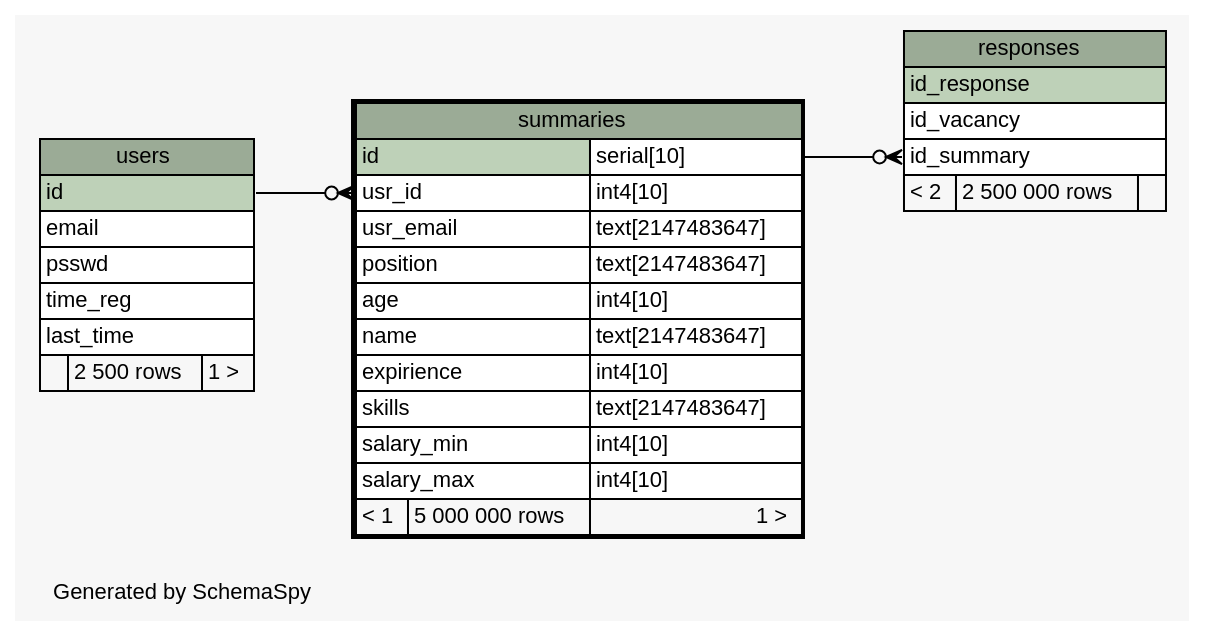
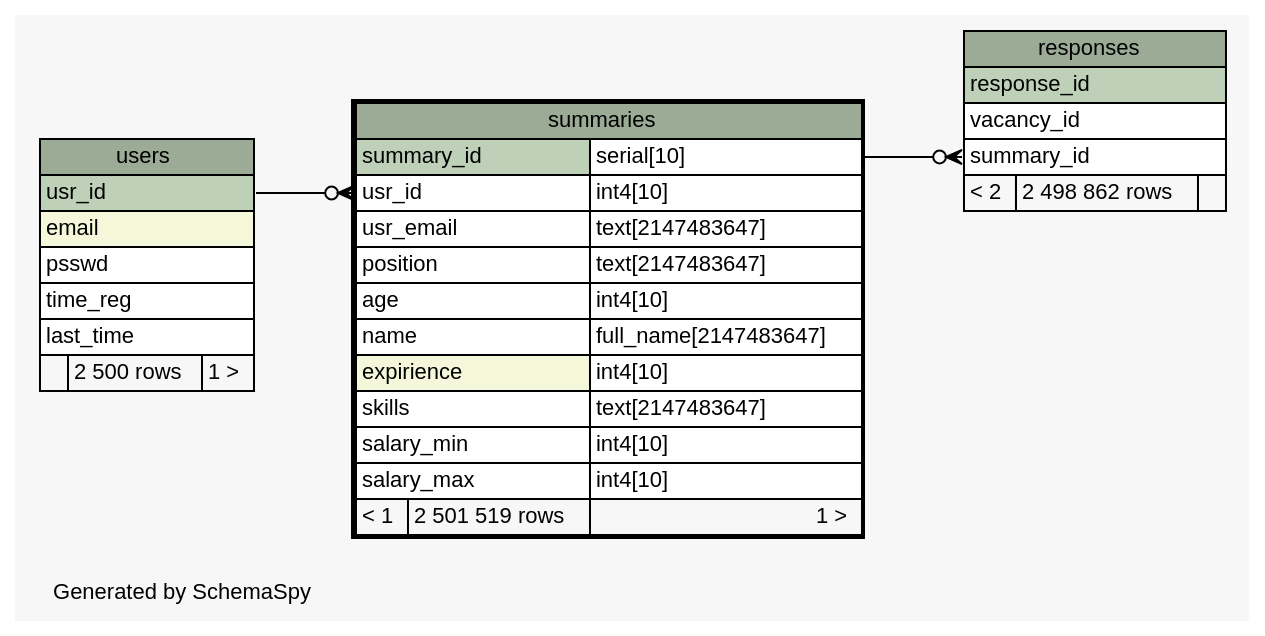
One commit to colorbash/hh-database-homework changed the diagram in schemaspy/diagrams/summaries.1degree.dot. Above: the diagram before and after it, drawn with Graphviz. The commit also changed 56 other files, not shown here.

```diff
--- a/schemaspy/diagrams/summaries.1degree.dot
+++ b/schemaspy/diagrams/summaries.1degree.dot
@@ -1,69 +1,69 @@
 // dot 2.38.0 on Windows 10 10.0
 // SchemaSpy rev 590
 digraph "oneDegreeRelationshipsDiagram" {
   graph [
     rankdir="RL"
     bgcolor="#f7f7f7"
     label="\nGenerated by SchemaSpy"
     labeljust="l"
     nodesep="0.18"
     ranksep="0.46"
     fontname="Helvetica"
     fontsize="11"
   ];
   node [
     fontname="Helvetica"
     fontsize="11"
     shape="plaintext"
   ];
   edge [
     arrowsize="0.8"
   ];
-  "responses":"id_summary":w -> "summaries":"id.type":e [arrowhead=none dir=back arrowtail=crowodot];
-  "summaries":"usr_id":w -> "users":"id":e [arrowhead=none dir=back arrowtail=crowodot];
+  "responses":"summary_id":w -> "summaries":"summary_id.type":e [arrowhead=none dir=back arrowtail=crowodot];
+  "summaries":"usr_id":w -> "users":"usr_id":e [arrowhead=none dir=back arrowtail=crowodot];
   "responses" [
     label=<
     <TABLE BORDER="0" CELLBORDER="1" CELLSPACING="0" BGCOLOR="#ffffff">
       <TR><TD COLSPAN="3" BGCOLOR="#9bab96" ALIGN="CENTER">responses</TD></TR>
-      <TR><TD PORT="id_response" COLSPAN="3" BGCOLOR="#bed1b8" ALIGN="LEFT">id_response</TD></TR>
-      <TR><TD PORT="id_vacancy" COLSPAN="3" ALIGN="LEFT">id_vacancy</TD></TR>
-      <TR><TD PORT="id_summary" COLSPAN="3" ALIGN="LEFT">id_summary</TD></TR>
-      <TR><TD ALIGN="LEFT" BGCOLOR="#f7f7f7">&lt; 2</TD><TD ALIGN="RIGHT" BGCOLOR="#f7f7f7">2 500 000 rows</TD><TD ALIGN="RIGHT" BGCOLOR="#f7f7f7">  </TD></TR>
+      <TR><TD PORT="response_id" COLSPAN="3" BGCOLOR="#bed1b8" ALIGN="LEFT">response_id</TD></TR>
+      <TR><TD PORT="vacancy_id" COLSPAN="3" ALIGN="LEFT">vacancy_id</TD></TR>
+      <TR><TD PORT="summary_id" COLSPAN="3" ALIGN="LEFT">summary_id</TD></TR>
+      <TR><TD ALIGN="LEFT" BGCOLOR="#f7f7f7">&lt; 2</TD><TD ALIGN="RIGHT" BGCOLOR="#f7f7f7">2 498 862 rows</TD><TD ALIGN="RIGHT" BGCOLOR="#f7f7f7">  </TD></TR>
     </TABLE>>
     URL="responses.html"
     tooltip="responses"
   ];
   "summaries" [
     label=<
     <TABLE BORDER="2" CELLBORDER="1" CELLSPACING="0" BGCOLOR="#ffffff">
       <TR><TD COLSPAN="3" BGCOLOR="#9bab96" ALIGN="CENTER">summaries</TD></TR>
-      <TR><TD PORT="id" COLSPAN="2" BGCOLOR="#bed1b8" ALIGN="LEFT">id</TD><TD PORT="id.type" ALIGN="LEFT">serial[10]</TD></TR>
+      <TR><TD PORT="summary_id" COLSPAN="2" BGCOLOR="#bed1b8" ALIGN="LEFT">summary_id</TD><TD PORT="summary_id.type" ALIGN="LEFT">serial[10]</TD></TR>
       <TR><TD PORT="usr_id" COLSPAN="2" ALIGN="LEFT">usr_id</TD><TD PORT="usr_id.type" ALIGN="LEFT">int4[10]</TD></TR>
       <TR><TD PORT="usr_email" COLSPAN="2" ALIGN="LEFT">usr_email</TD><TD PORT="usr_email.type" ALIGN="LEFT">text[2147483647]</TD></TR>
       <TR><TD PORT="position" COLSPAN="2" ALIGN="LEFT">position</TD><TD PORT="position.type" ALIGN="LEFT">text[2147483647]</TD></TR>
       <TR><TD PORT="age" COLSPAN="2" ALIGN="LEFT">age</TD><TD PORT="age.type" ALIGN="LEFT">int4[10]</TD></TR>
-      <TR><TD PORT="name" COLSPAN="2" ALIGN="LEFT">name</TD><TD PORT="name.type" ALIGN="LEFT">text[2147483647]</TD></TR>
-      <TR><TD PORT="expirience" COLSPAN="2" ALIGN="LEFT">expirience</TD><TD PORT="expirience.type" ALIGN="LEFT">int4[10]</TD></TR>
+      <TR><TD PORT="name" COLSPAN="2" ALIGN="LEFT">name</TD><TD PORT="name.type" ALIGN="LEFT">full_name[2147483647]</TD></TR>
+      <TR><TD PORT="expirience" COLSPAN="2" BGCOLOR="#f4f7da" ALIGN="LEFT">expirience</TD><TD PORT="expirience.type" ALIGN="LEFT">int4[10]</TD></TR>
       <TR><TD PORT="skills" COLSPAN="2" ALIGN="LEFT">skills</TD><TD PORT="skills.type" ALIGN="LEFT">text[2147483647]</TD></TR>
       <TR><TD PORT="salary_min" COLSPAN="2" ALIGN="LEFT">salary_min</TD><TD PORT="salary_min.type" ALIGN="LEFT">int4[10]</TD></TR>
       <TR><TD PORT="salary_max" COLSPAN="2" ALIGN="LEFT">salary_max</TD><TD PORT="salary_max.type" ALIGN="LEFT">int4[10]</TD></TR>
-      <TR><TD ALIGN="LEFT" BGCOLOR="#f7f7f7">&lt; 1</TD><TD ALIGN="RIGHT" BGCOLOR="#f7f7f7">5 000 000 rows</TD><TD ALIGN="RIGHT" BGCOLOR="#f7f7f7">1 &gt;</TD></TR>
+      <TR><TD ALIGN="LEFT" BGCOLOR="#f7f7f7">&lt; 1</TD><TD ALIGN="RIGHT" BGCOLOR="#f7f7f7">2 501 519 rows</TD><TD ALIGN="RIGHT" BGCOLOR="#f7f7f7">1 &gt;</TD></TR>
     </TABLE>>
     URL="summaries.html"
     tooltip="summaries"
   ];
   "users" [
     label=<
     <TABLE BORDER="0" CELLBORDER="1" CELLSPACING="0" BGCOLOR="#ffffff">
       <TR><TD COLSPAN="3" BGCOLOR="#9bab96" ALIGN="CENTER">users</TD></TR>
-      <TR><TD PORT="id" COLSPAN="3" BGCOLOR="#bed1b8" ALIGN="LEFT">id</TD></TR>
-      <TR><TD PORT="email" COLSPAN="3" ALIGN="LEFT">email</TD></TR>
+      <TR><TD PORT="usr_id" COLSPAN="3" BGCOLOR="#bed1b8" ALIGN="LEFT">usr_id</TD></TR>
+      <TR><TD PORT="email" COLSPAN="3" BGCOLOR="#f4f7da" ALIGN="LEFT">email</TD></TR>
       <TR><TD PORT="psswd" COLSPAN="3" ALIGN="LEFT">psswd</TD></TR>
       <TR><TD PORT="time_reg" COLSPAN="3" ALIGN="LEFT">time_reg</TD></TR>
       <TR><TD PORT="last_time" COLSPAN="3" ALIGN="LEFT">last_time</TD></TR>
       <TR><TD ALIGN="LEFT" BGCOLOR="#f7f7f7">  </TD><TD ALIGN="RIGHT" BGCOLOR="#f7f7f7">2 500 rows</TD><TD ALIGN="RIGHT" BGCOLOR="#f7f7f7">1 &gt;</TD></TR>
     </TABLE>>
     URL="users.html"
     tooltip="users"
   ];
 }
```
